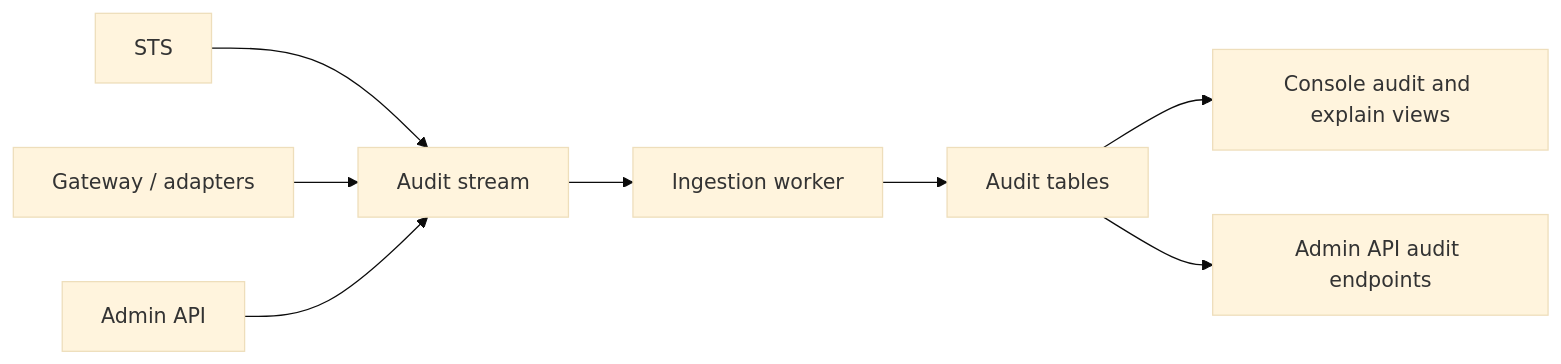
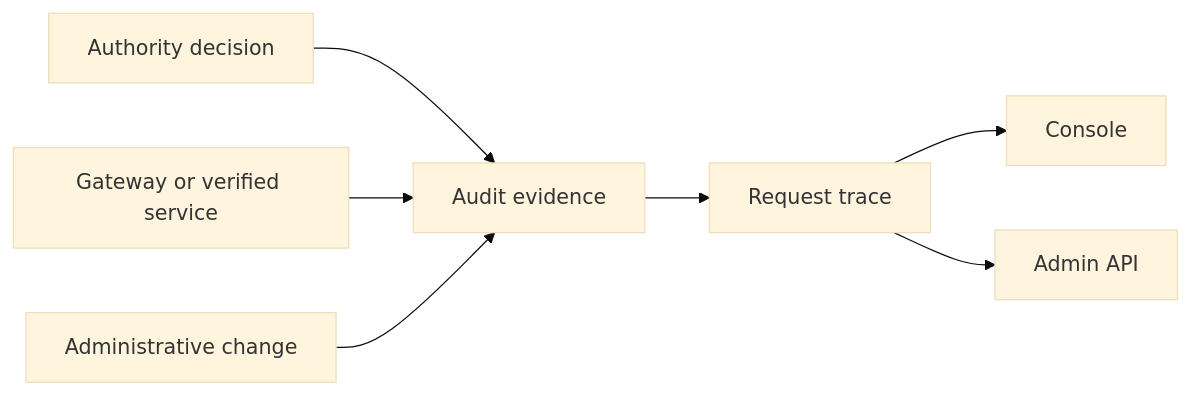
One commit to Garudex-Labs/caracal changed the diagram in docs/src/content/docs/concepts/audit-ledger.mdx. Above: the diagram before and after it, drawn with Mermaid (base theme). The commit also changed other lines of this file and 7 other files, not shown here.

````diff
--- a/docs/src/content/docs/concepts/audit-ledger.mdx
+++ b/docs/src/content/docs/concepts/audit-ledger.mdx
@@ -23,10 +23,9 @@
 ```mermaid
 flowchart LR
-  STS["STS"] --> Redis["Audit stream"]
-  Gateway["Gateway / adapters"] --> Redis
-  Admin["Admin API"] --> Redis
-  Redis --> Worker["Ingestion worker"]
-  Worker --> Postgres["Audit tables"]
-  Postgres --> Console["Console audit and explain views"]
-  Postgres --> API["Admin API audit endpoints"]
+  Decision["Authority decision"] --> Evidence["Audit evidence"]
+  Enforcement["Gateway or verified service"] --> Evidence
+  Admin["Administrative change"] --> Evidence
+  Evidence --> Trace["Request trace"]
+  Trace --> Console["Console"]
+  Trace --> API["Admin API"]
 ```
````
